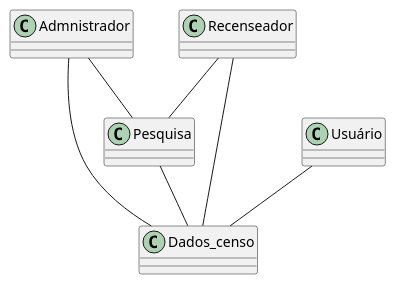
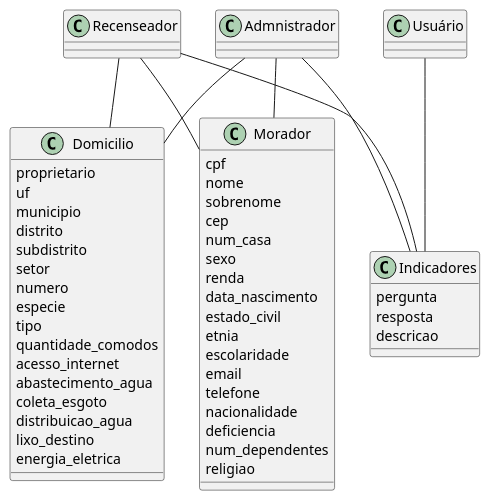
One commit to Projetos-de-Extensao/PBE_25.1_8002_Stack-UnderFlow changed the diagram in docs/assets/Diagrama_classes/uml.wsd. Above: the diagram before and after it, drawn with PlantUML. The commit also changed 1 other file, not shown here.

Commit message:
att diagrama de classes

```diff
--- a/docs/assets/Diagrama_classes/uml.wsd
+++ b/docs/assets/Diagrama_classes/uml.wsd
@@ -1,31 +1,69 @@
 @startuml FastDelivery_DiagramaClasses
 
 class Admnistrador {
 
 }
 
 class Recenseador {
 
 }
 
 class Usuário {
 
 }
 
-class Dados_censo {
-
+class Morador {
+    cpf
+    nome
+    sobrenome
+    cep
+    num_casa
+    sexo
+    renda
+    data_nascimento
+    estado_civil
+    etnia
+    escolaridade
+    email
+    telefone
+    nacionalidade
+    deficiencia
+    num_dependentes
+    religiao
 }
 
-class Pesquisa {
+class Domicilio {
+    proprietario
+    uf
+    municipio
+    distrito
+    subdistrito
+    setor
+    numero
+    especie
+    tipo
+    quantidade_comodos
+    acesso_internet
+    abastecimento_agua
+    coleta_esgoto
+    distribuicao_agua
+    lixo_destino
+    energia_eletrica
+}
 
+class Indicadores {
+    pergunta
+    resposta
+    descricao
 }
 
 ' Relacionamentos
-Admnistrador -- Dados_censo
-Admnistrador -- Pesquisa
-Recenseador -- Dados_censo
-Recenseador -- Pesquisa
-Usuário -- Dados_censo
-Pesquisa -- Dados_censo
+Admnistrador -- Morador
+Admnistrador -- Indicadores
+Admnistrador -- Domicilio
+Recenseador -- Morador
+Recenseador -- Indicadores
+Recenseador -- Domicilio
+Usuário -- Indicadores
 
 @enduml
```
